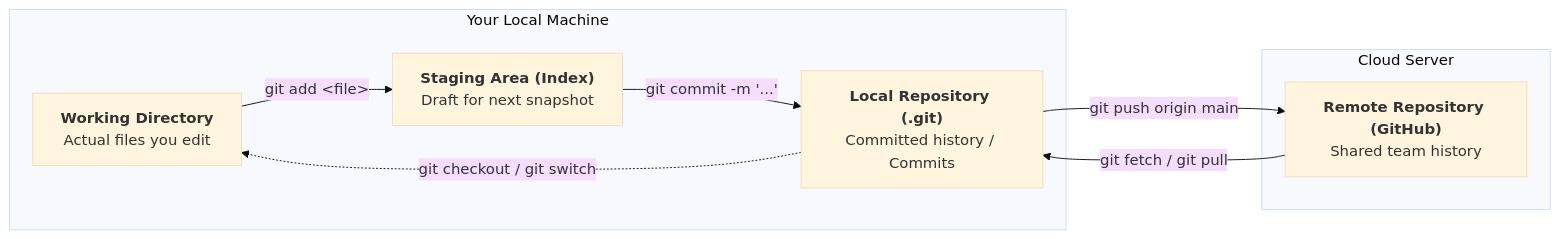
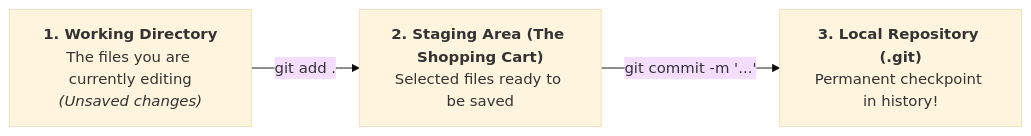
Before and after one commit to ajibolagenius/LagosDataSchool: the third of 4 diagrams in full_stack_development_class_notes/Week 1_ Dev Environment, Git & How the Web Works.md, drawn with Mermaid (base theme). The commit also changed other lines of this file and 20 other files, not shown here.

````diff
--- a/full_stack_development_class_notes/Week 1_ Dev Environment, Git & How the Web Works.md
+++ b/full_stack_development_class_notes/Week 1_ Dev Environment, Git & How the Web Works.md
@@ -175,17 +145,6 @@
 ```mermaid
-graph LR
-    subgraph Local["Your Local Machine"]
-        WD["<b>Working Directory</b><br/>Actual files you edit"]
-        SA["<b>Staging Area (Index)</b><br/>Draft for next snapshot"]
-        LR["<b>Local Repository (.git)</b><br/>Committed history / Commits"]
-    end
-    subgraph Remote["Cloud Server"]
-        RR["<b>Remote Repository (GitHub)</b><br/>Shared team history"]
-    end
-
-    WD -->|"git add &lt;file&gt;"| SA
-    SA -->|"git commit -m '...'"| LR
-    LR -->|"git push origin main"| RR
-    RR -->|"git fetch / git pull"| LR
-    LR -.->|"git checkout / git switch"| WD
+flowchart LR
+    ZONE1["<b>1. Working Directory</b><br/>The files you are currently editing<br/><i>(Unsaved changes)</i>"] 
+    -->|"git add ."| ZONE2["<b>2. Staging Area (The Shopping Cart)</b><br/>Selected files ready to be saved"]
+    ZONE2 -->|"git commit -m '...' "| ZONE3["<b>3. Local Repository (.git)</b><br/>Permanent checkpoint in history!"]
 ```
````
